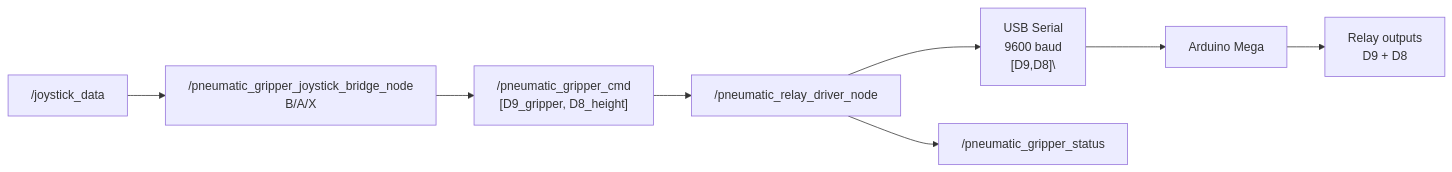
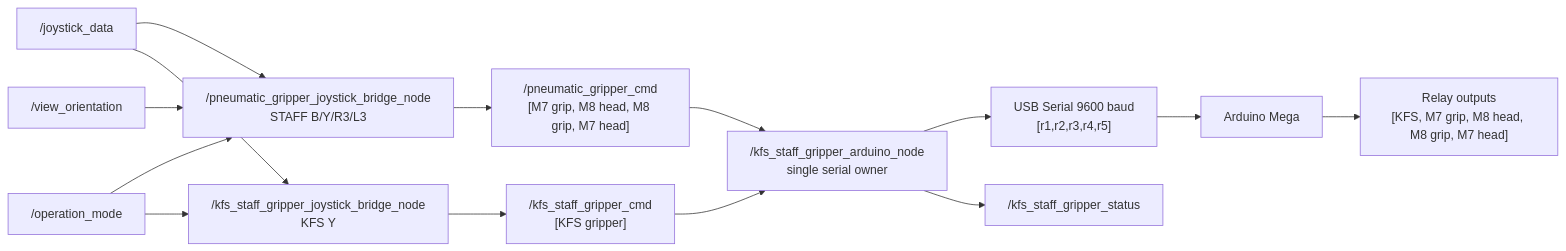
Before and after one commit to herolch07/joystck_controller: the fourth of 11 diagrams in NODE_GRAPH.md, drawn with Mermaid. The commit also changed other lines of this file and 18 other files, not shown here.

````diff
--- a/NODE_GRAPH.md
+++ b/NODE_GRAPH.md
@@ -169,14 +187,25 @@
 ```mermaid
 flowchart LR
     Joy["/joystick_data"]
-    Bridge["/pneumatic_gripper_joystick_bridge_node<br/>B/A/X"]
-    Cmd["/pneumatic_gripper_cmd<br/>[D9_gripper, D8_height]"]
-    Driver["/pneumatic_relay_driver_node"]
-    Serial["USB Serial<br/>9600 baud<br/>[D9,D8]\\n"]
+    Mode["/operation_mode"]
+    View["/view_orientation"]
+    StaffBridge["/pneumatic_gripper_joystick_bridge_node<br/>STAFF B/Y/R3/L3"]
+    StaffCmd["/pneumatic_gripper_cmd<br/>[M7 grip, M8 head, M8 grip, M7 head]"]
+    KfsBridge["/kfs_staff_gripper_joystick_bridge_node<br/>KFS Y"]
+    KfsCmd["/kfs_staff_gripper_cmd<br/>[KFS gripper]"]
+    Driver["/kfs_staff_gripper_arduino_node<br/>single serial owner"]
+    Serial["USB Serial 9600 baud<br/>[r1,r2,r3,r4,r5]\n"]
     Arduino["Arduino Mega"]
-    Relay["Relay outputs<br/>D9 + D8"]
-    Status["/pneumatic_gripper_status"]
+    Relay["Relay outputs<br/>[KFS, M7 grip, M8 head, M8 grip, M7 head]"]
+    Status["/kfs_staff_gripper_status"]
 
-    Joy --> Bridge --> Cmd --> Driver --> Serial --> Arduino --> Relay
+    Joy --> StaffBridge
+    Mode --> StaffBridge
+    View --> StaffBridge
+    StaffBridge --> StaffCmd --> Driver
+
+    Joy --> KfsBridge
+    Mode --> KfsBridge
+    KfsBridge --> KfsCmd --> Driver --> Serial --> Arduino --> Relay
     Driver --> Status
 ```
````
